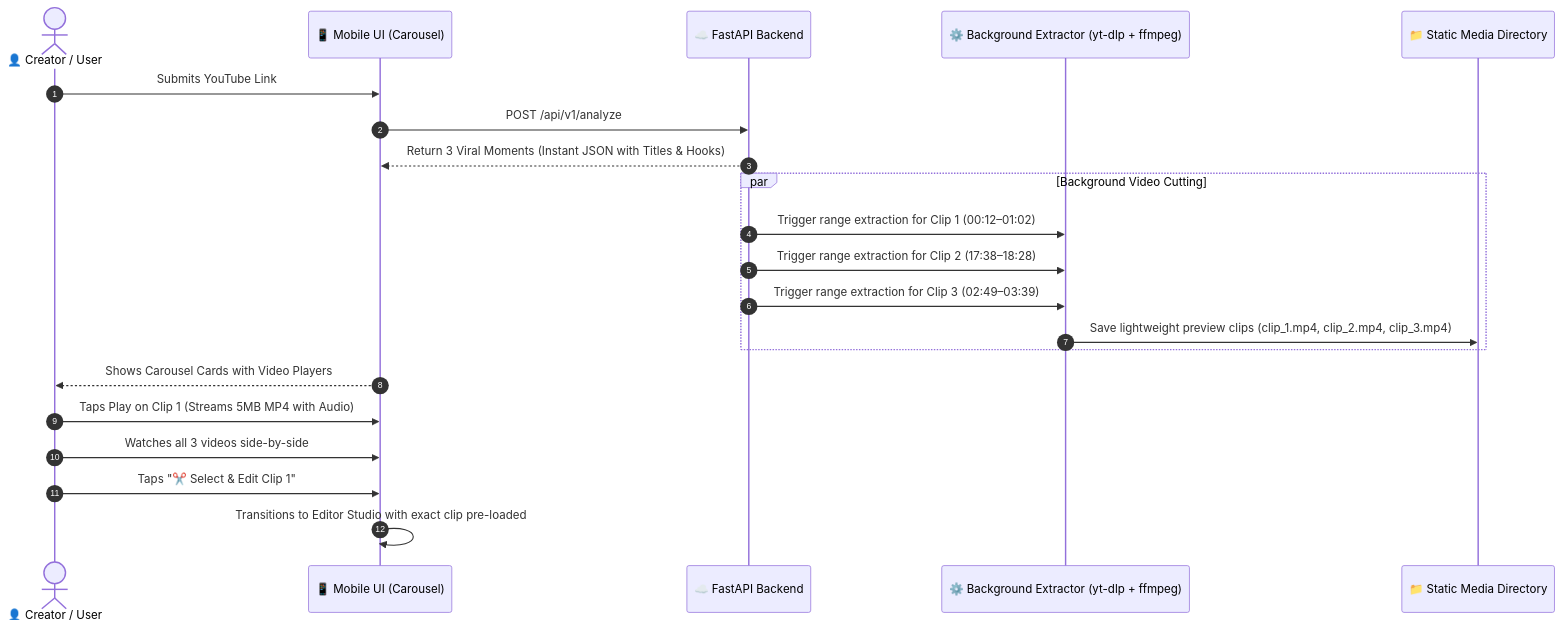
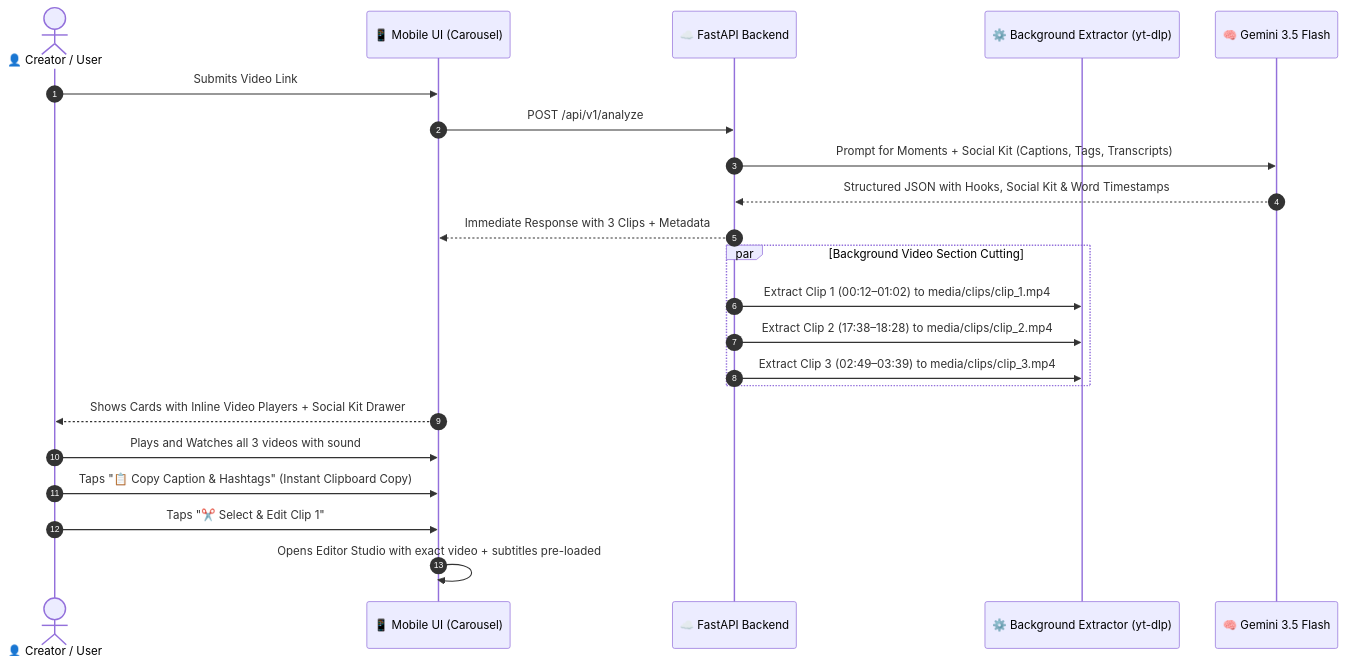
The first of 2 diagrams in CLIP_EXTRACTION_AND_PREVIEW_PLAN.md (vk9199kadam-hue/ai.pro), drawn with Mermaid before and after one commit. The commit also changed other lines of this file, not shown here.

Commit message:
docs: add AI social kit, viral hashtags, and full transcript to clip preview plan

````diff
--- a/CLIP_EXTRACTION_AND_PREVIEW_PLAN.md
+++ b/CLIP_EXTRACTION_AND_PREVIEW_PLAN.md
@@ -27,26 +44,27 @@
 ```mermaid
 sequenceDiagram
     autonumber
     actor Creator as 👤 Creator / User
     participant App as 📱 Mobile UI (Carousel)
     participant API as ☁️ FastAPI Backend
-    participant Worker as ⚙️ Background Extractor (yt-dlp + ffmpeg)
-    participant Storage as 📁 Static Media Directory
+    participant Worker as ⚙️ Background Extractor (yt-dlp)
+    participant Gemini as 🧠 Gemini 3.5 Flash
 
-    Creator->>App: Submits YouTube Link
+    Creator->>App: Submits Video Link
     App->>API: POST /api/v1/analyze
-    API-->>App: Return 3 Viral Moments (Instant JSON with Titles & Hooks)
-    
-    par Background Video Cutting
-        API->>Worker: Trigger range extraction for Clip 1 (00:12–01:02)
-        API->>Worker: Trigger range extraction for Clip 2 (17:38–18:28)
-        API->>Worker: Trigger range extraction for Clip 3 (02:49–03:39)
-        Worker->>Storage: Save lightweight preview clips (clip_1.mp4, clip_2.mp4, clip_3.mp4)
+    API->>Gemini: Prompt for Moments + Social Kit (Captions, Tags, Transcripts)
+    Gemini-->>API: Structured JSON with Hooks, Social Kit & Word Timestamps
+    API-->>App: Immediate Response with 3 Clips + Metadata
+
+    par Background Video Section Cutting
+        API->>Worker: Extract Clip 1 (00:12–01:02) to media/clips/clip_1.mp4
+        API->>Worker: Extract Clip 2 (17:38–18:28) to media/clips/clip_2.mp4
+        API->>Worker: Extract Clip 3 (02:49–03:39) to media/clips/clip_3.mp4
     end
 
-    App-->>Creator: Shows Carousel Cards with Video Players
-    Creator->>App: Taps Play on Clip 1 (Streams 5MB MP4 with Audio)
-    Creator->>App: Watches all 3 videos side-by-side
+    App-->>Creator: Shows Cards with Inline Video Players + Social Kit Drawer
+    Creator->>App: Plays and Watches all 3 videos with sound
+    Creator->>App: Taps "📋 Copy Caption & Hashtags" (Instant Clipboard Copy)
     Creator->>App: Taps "✂️ Select & Edit Clip 1"
-    App->>App: Transitions to Editor Studio with exact clip pre-loaded
+    App->>App: Opens Editor Studio with exact video + subtitles pre-loaded
 ```
````
